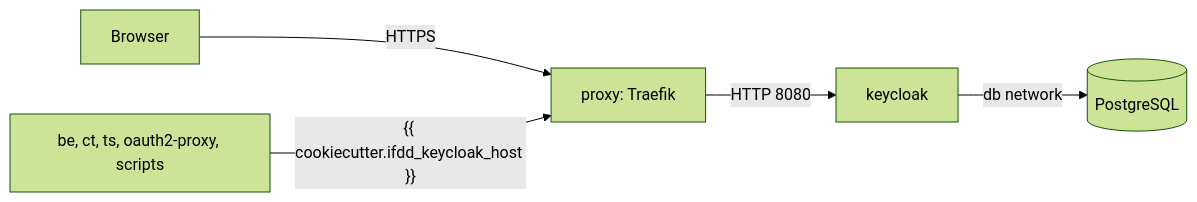
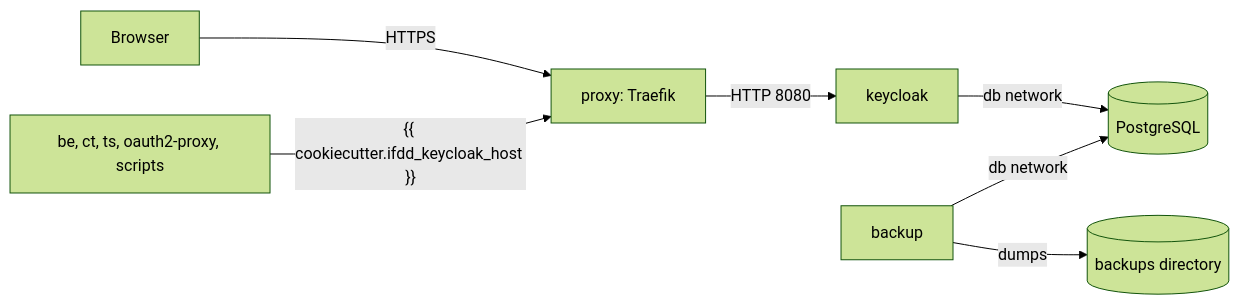
The diagram in {{cookiecutter.ifdd_keycloak_prj_slug}}/docs/en/index.md (ifdd-de/keycloak), drawn with Mermaid (forest theme) before and after one commit. The commit also changed other lines of this file and 25 other files, not shown here.

````diff
--- a/{{cookiecutter.ifdd_keycloak_prj_slug}}/docs/en/index.md
+++ b/{{cookiecutter.ifdd_keycloak_prj_slug}}/docs/en/index.md
@@ -31,7 +33,9 @@
 ```{mermaid}
 flowchart LR
   Browser -->|HTTPS| Proxy[proxy: Traefik]
   Services[be, ct, ts, oauth2-proxy, scripts] -->|"{{ cookiecutter.ifdd_keycloak_host }}"| Proxy
   Proxy -->|HTTP 8080| KC[keycloak]
   KC -->|db network| PG[(PostgreSQL)]
+  BK[backup] -->|db network| PG
+  BK -->|dumps| DIR[(backups directory)]
 ```
````
